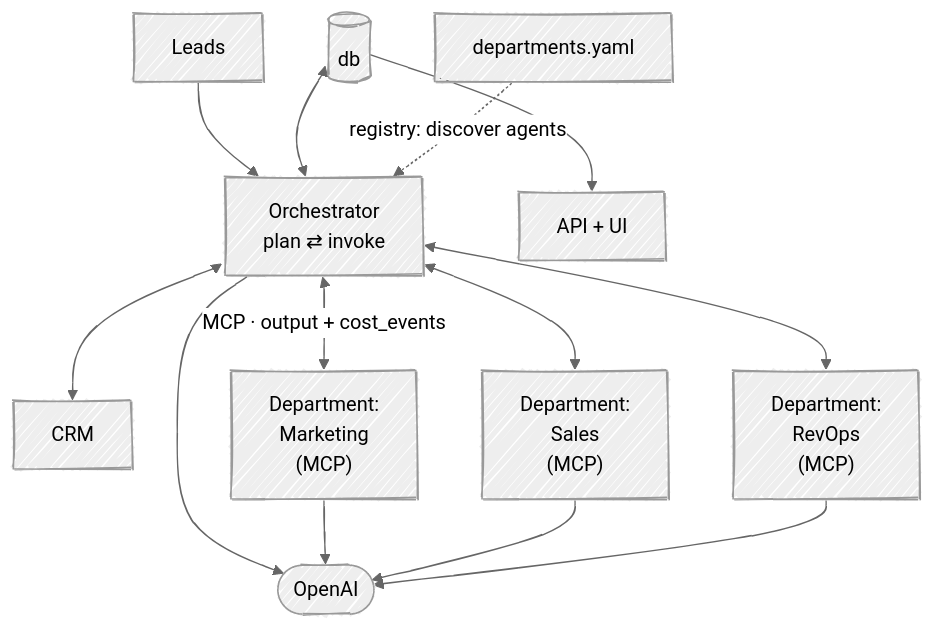
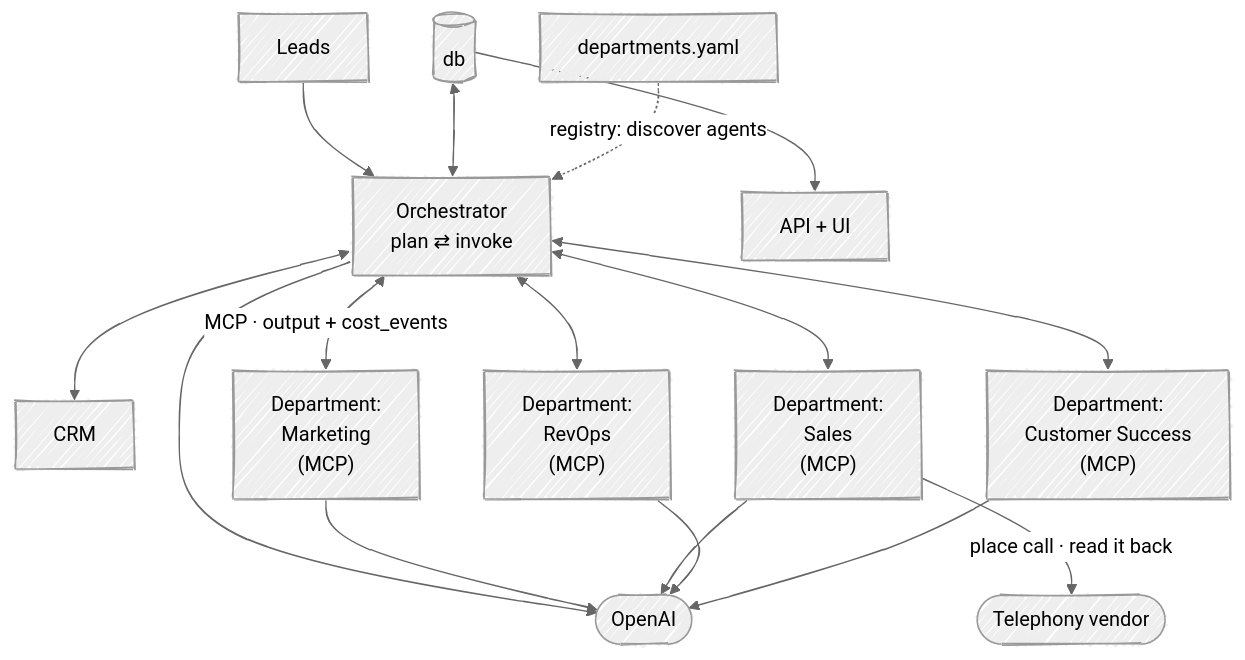
The third of 5 diagrams in docs/arch.md (slowloris-98/NexusGTM), drawn with Mermaid before and after one commit. The commit also changed other lines of this file and 9 other files, not shown here.

````diff
--- a/docs/arch.md
+++ b/docs/arch.md
@@ -95,29 +95,33 @@
 ```mermaid
 ---
 config:
   look: handDrawn
   theme: neutral
 ---
 flowchart TD
     DB[("db")]
     LEADS["Leads"]
     CRM["CRM"]
     ORCH["Orchestrator<br/>plan ⇄ invoke"]
     CFG["departments.yaml"]
 
     LEADS --> ORCH
     DB <--> ORCH
     ORCH <--> CRM
     CFG -.->|"registry: discover agents"| ORCH
 
     ORCH <-->|"MCP · output + cost_events"| M["Department:<br/>Marketing<br/>(MCP)"]
     ORCH <--> S["Department:<br/>Sales<br/>(MCP)"]
     ORCH <--> R["Department:<br/>RevOps<br/>(MCP)"]
+    ORCH <--> CS["Department:<br/>Customer Success<br/>(MCP)"]
 
     OAI(["OpenAI"])
     ORCH --> OAI
     M --> OAI
     S --> OAI
     R --> OAI
+    CS --> OAI
+    TEL(["Telephony vendor"])
+    S -->|"place call · read it back"| TEL
     DB --> API["API + UI"]
 ```
````
